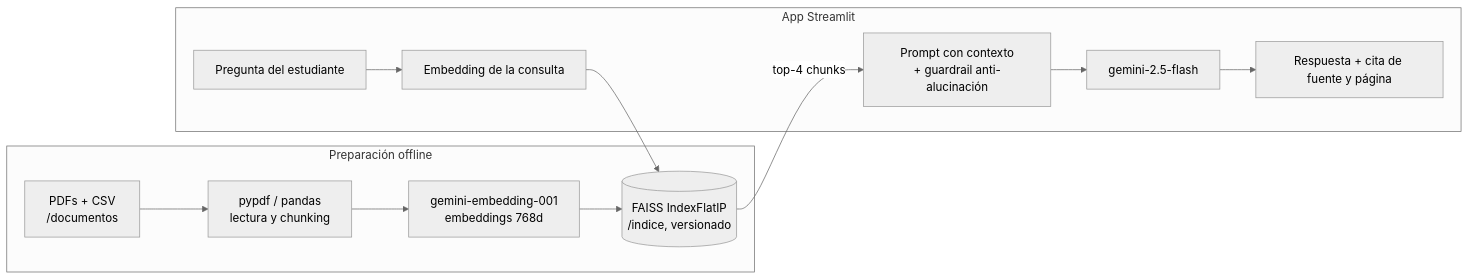
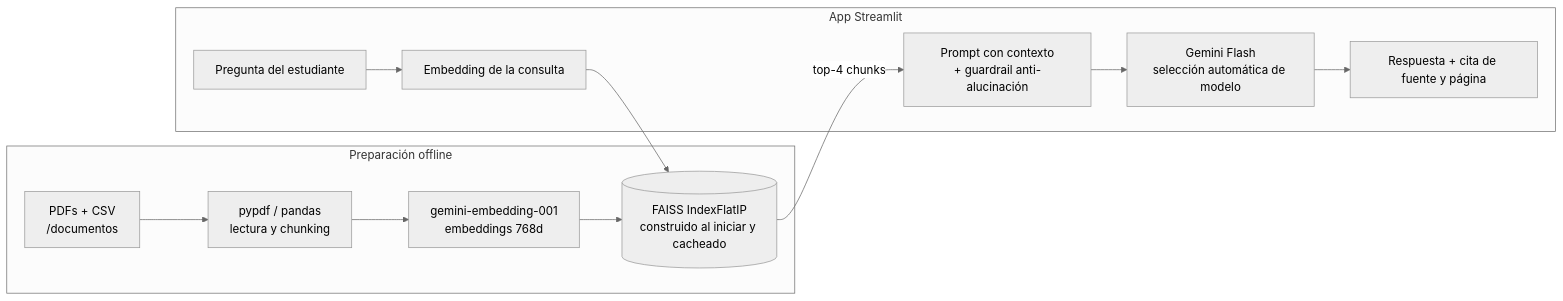
The diagram in README.md (evelyntec/aulo-rag), drawn with Mermaid (neutral theme) before and after one commit. The commit also changed other lines of this file, not shown here.

````diff
--- a/README.md
+++ b/README.md
@@ -23,15 +25,15 @@
 ```mermaid
 flowchart LR
     subgraph Preparación offline
         A[PDFs + CSV<br>/documentos] --> B[pypdf / pandas<br>lectura y chunking]
         B --> C[gemini-embedding-001<br>embeddings 768d]
-        C --> D[(FAISS IndexFlatIP<br>/indice, versionado)]
+        C --> D[(FAISS IndexFlatIP<br>construido al iniciar y cacheado)]
     end
     subgraph App Streamlit
         E[Pregunta del estudiante] --> F[Embedding de la consulta]
         F --> D
         D -->|top-4 chunks| G[Prompt con contexto<br>+ guardrail anti-alucinación]
-        G --> H[gemini-2.5-flash]
+        G --> H[Gemini Flash<br>selección automática de modelo]
         H --> I[Respuesta + cita de fuente y página]
     end
 ```
````
